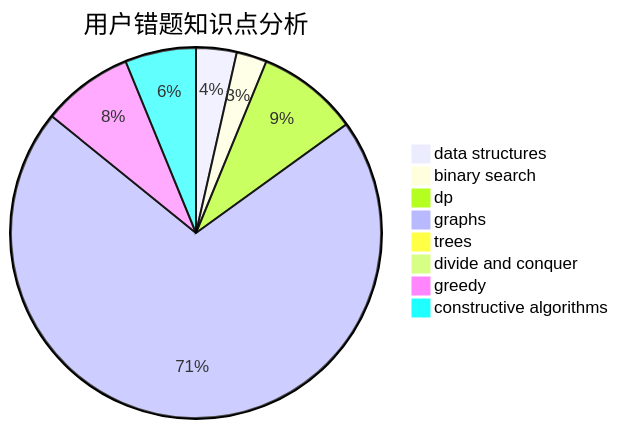
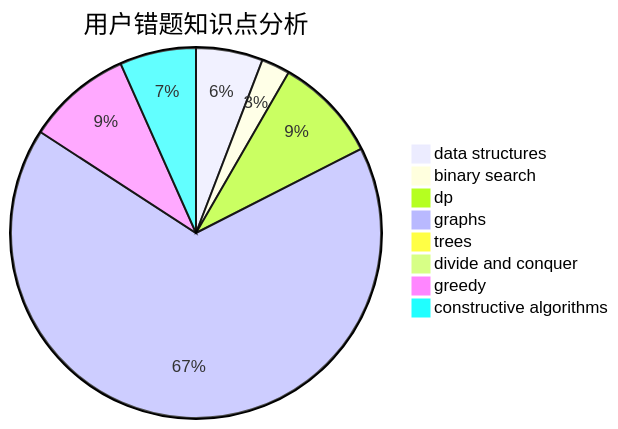
The third of 3 diagrams in docs/user/u1763.md (sherpahu/cfrs.github.io), drawn with Mermaid before and after one commit. The commit also changed other lines of this file and 2770 other files, not shown here.

````diff
--- a/docs/user/u1763.md
+++ b/docs/user/u1763.md
@@ -36,11 +36,11 @@
 ```mermaid
 pie title 用户错题知识点分析
-    "data structures" :  4
+    "data structures" :  7
     "binary search" :  3
-    "dp" :  10
+    "dp" :  11
     "graphs" :  80
     "trees" :  0
     "divide and conquer" :  0
-    "greedy" :  9
-    "constructive algorithms" :  7
+    "greedy" :  11
+    "constructive algorithms" :  8
 ```
````
